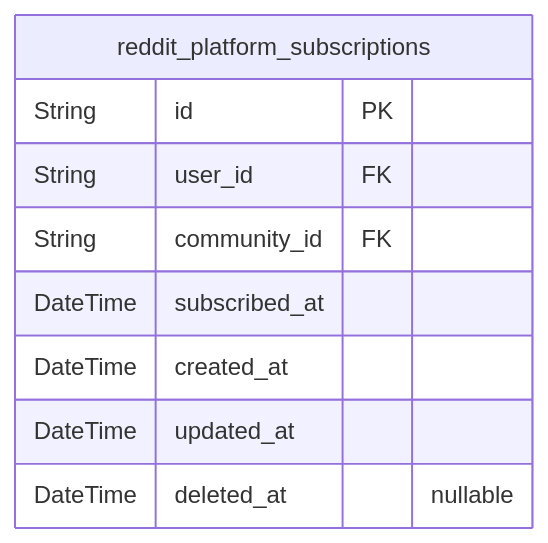
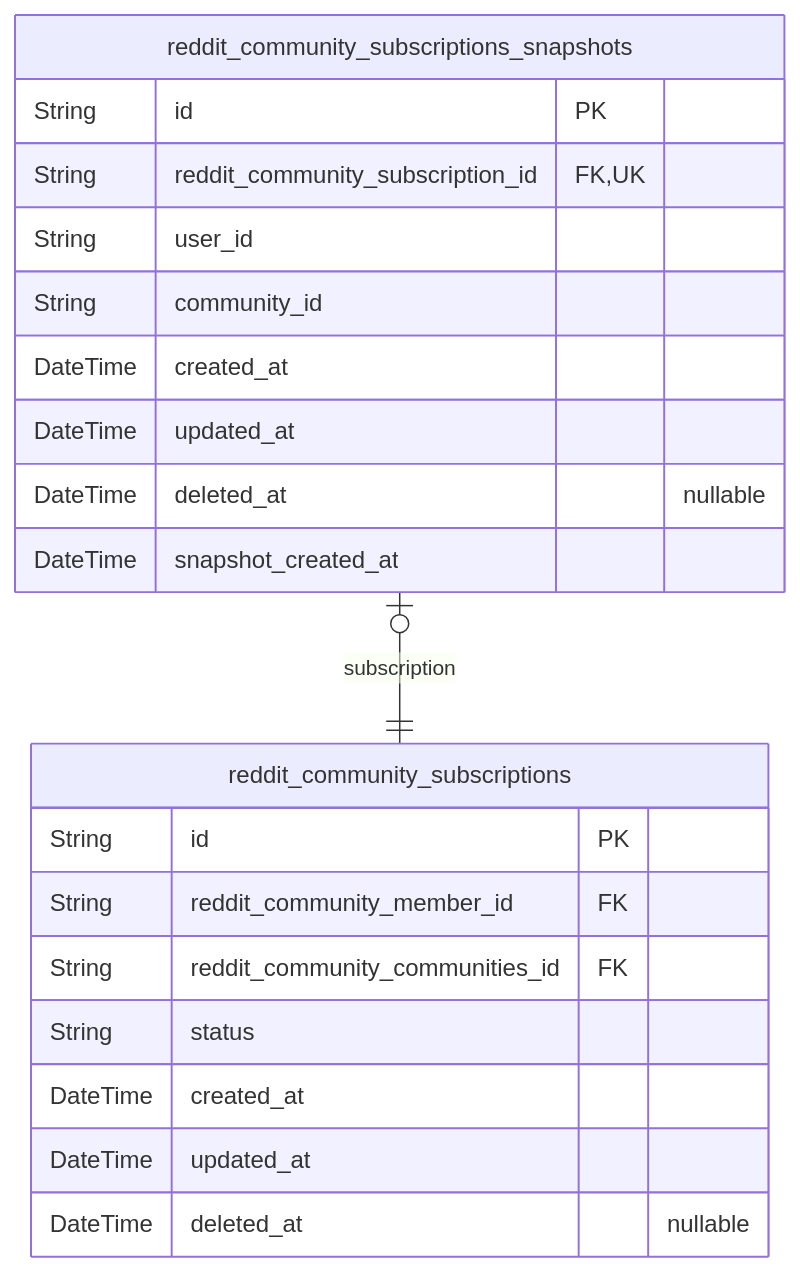
One commit to wrtnlabs/autobe-examples changed the third of 5 diagrams in qwen/qwen3.5-35b-a3b/reddit/docs/ERD.md. Above: the diagram before and after it, drawn with Mermaid. The commit also changed other lines of this file and 6645 other files, not shown here.

````diff
--- a/qwen/qwen3.5-35b-a3b/reddit/docs/ERD.md
+++ b/qwen/qwen3.5-35b-a3b/reddit/docs/ERD.md
@@ -650,12 +780,23 @@
 ```mermaid
 erDiagram
-"reddit_platform_subscriptions" {
+"reddit_community_subscriptions" {
   String id PK
-  String user_id FK
-  String community_id FK
-  DateTime subscribed_at
+  String reddit_community_member_id FK
+  String reddit_community_communities_id FK
+  String status
   DateTime created_at
   DateTime updated_at
   DateTime deleted_at "nullable"
 }
+"reddit_community_subscriptions_snapshots" {
+  String id PK
+  String reddit_community_subscription_id FK,UK
+  String user_id
+  String community_id
+  DateTime created_at
+  DateTime updated_at
+  DateTime deleted_at "nullable"
+  DateTime snapshot_created_at
+}
+"reddit_community_subscriptions_snapshots" |o--|| "reddit_community_subscriptions" : subscription
 ```
````
